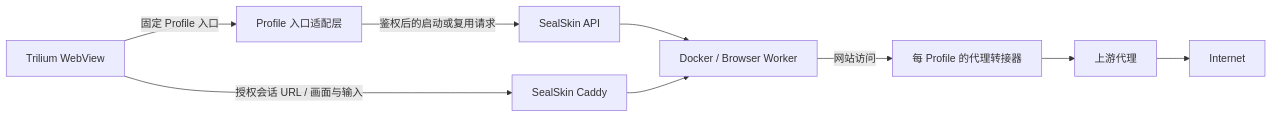
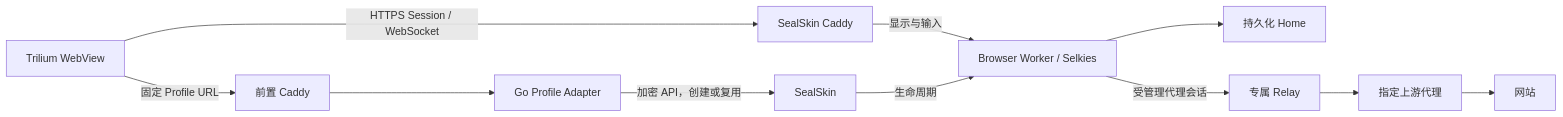
Before and after one commit to scrtou/browser-platform: the diagram in docs/design.md, drawn with Mermaid. The commit also changed other lines of this file and 38 other files, not shown here.

````diff
--- a/docs/design.md
+++ b/docs/design.md
@@ -289,11 +11,13 @@
 ```mermaid
 flowchart LR
-    T[Trilium WebView] -->|固定 Profile 入口| A[Profile 入口适配层]
-    A -->|鉴权后的启动或复用请求| S[SealSkin API]
-    S --> D[Docker / Browser Worker]
-    T -->|授权会话 URL / 画面与输入| C[SealSkin Caddy]
-    C --> D
-    D -->|网站访问| R[每 Profile 的代理转接器]
-    R --> P[上游代理]
-    P --> I[Internet]
+    T[Trilium WebView] -->|固定 Profile URL| C[前置 Caddy]
+    C --> A[Go Profile Adapter]
+    A -->|加密 API，创建或复用| S[SealSkin]
+    T -->|HTTPS Session / WebSocket| D[SealSkin Caddy]
+    D -->|显示与输入| W[Browser Worker / Selkies]
+    S -->|生命周期| W
+    W --> H[持久化 Home]
+    W -->|受管理代理会话| R[专属 Relay]
+    R --> P[指定上游代理]
+    P --> I[网站]
 ```
````
